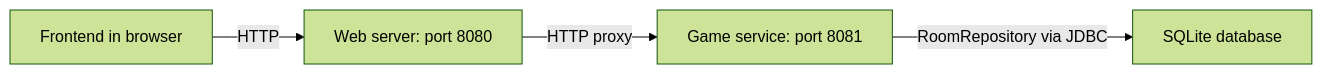
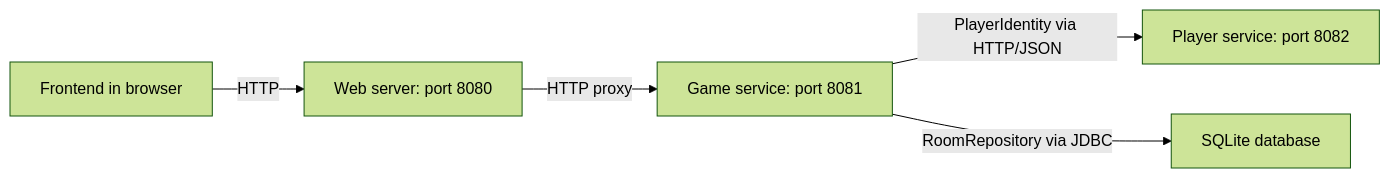
One commit to ikigachi/chess-software changed the diagram in README.md. Above: the diagram before and after it, drawn with Mermaid (forest theme). The commit also changed other lines of this file and 15 other files, not shown here.

Commit message:
Extract stable player identities into a Javalin service

````diff
--- a/README.md
+++ b/README.md
@@ -82,6 +91,7 @@
 ```mermaid
 flowchart LR
     F["Frontend in browser"] -->|"HTTP"| W["Web server: port 8080"]
     W -->|"HTTP proxy"| G["Game service: port 8081"]
+    G -->|"PlayerIdentity via HTTP/JSON"| P["Player service: port 8082"]
     G -->|"RoomRepository via JDBC"| D["SQLite database"]
 ```
````
